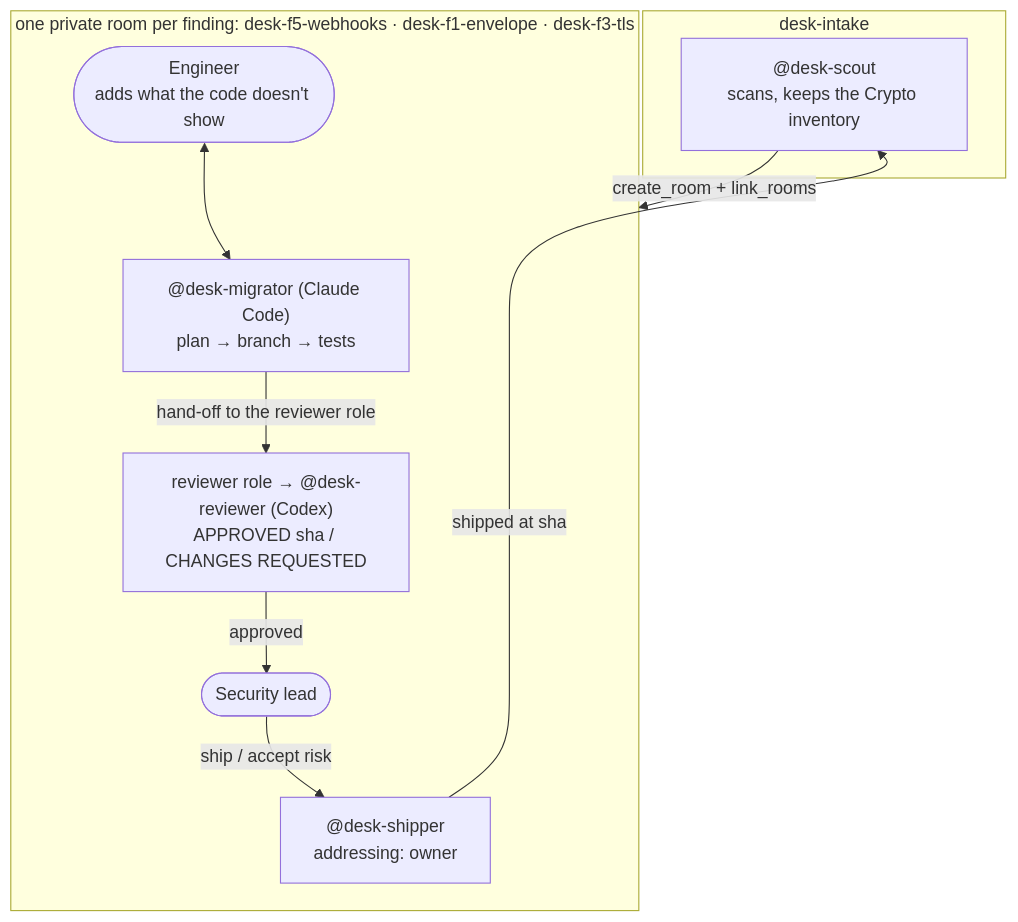
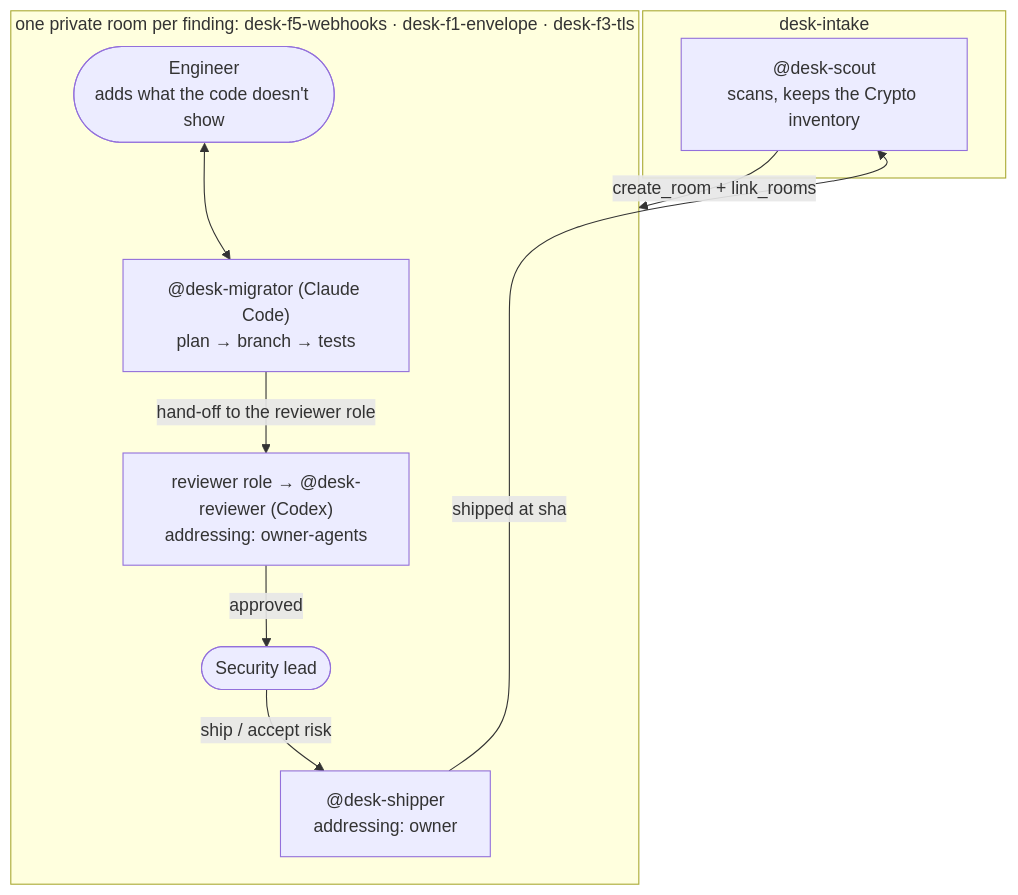
One commit to Dakshhhhh-ops/fliptheswitch changed the diagram in README.md. Above: the diagram before and after it, drawn with Mermaid. The commit also changed other lines of this file, not shown here.

````diff
--- a/README.md
+++ b/README.md
@@ -63,19 +99,19 @@
 ```mermaid
 flowchart TB
   subgraph intake["desk-intake"]
     scout["@desk-scout<br/>scans, keeps the Crypto inventory"]
   end
   subgraph work["one private room per finding: desk-f5-webhooks · desk-f1-envelope · desk-f3-tls"]
     mig["@desk-migrator (Claude Code)<br/>plan → branch → tests"]
     eng(["Engineer<br/>adds what the code doesn't show"])
-    rev["reviewer role → @desk-reviewer (Codex)<br/>APPROVED sha / CHANGES REQUESTED"]
+    rev["reviewer role → @desk-reviewer (Codex)<br/>addressing: owner-agents"]
     lead(["Security lead"])
     ship["@desk-shipper<br/>addressing: owner"]
   end
   scout -- "create_room + link_rooms" --> work
   eng <--> mig
   mig -- "hand-off to the reviewer role" --> rev
   rev -- "approved" --> lead
   lead -- "ship / accept risk" --> ship
   ship -- "shipped at sha" --> scout
 ```
````
